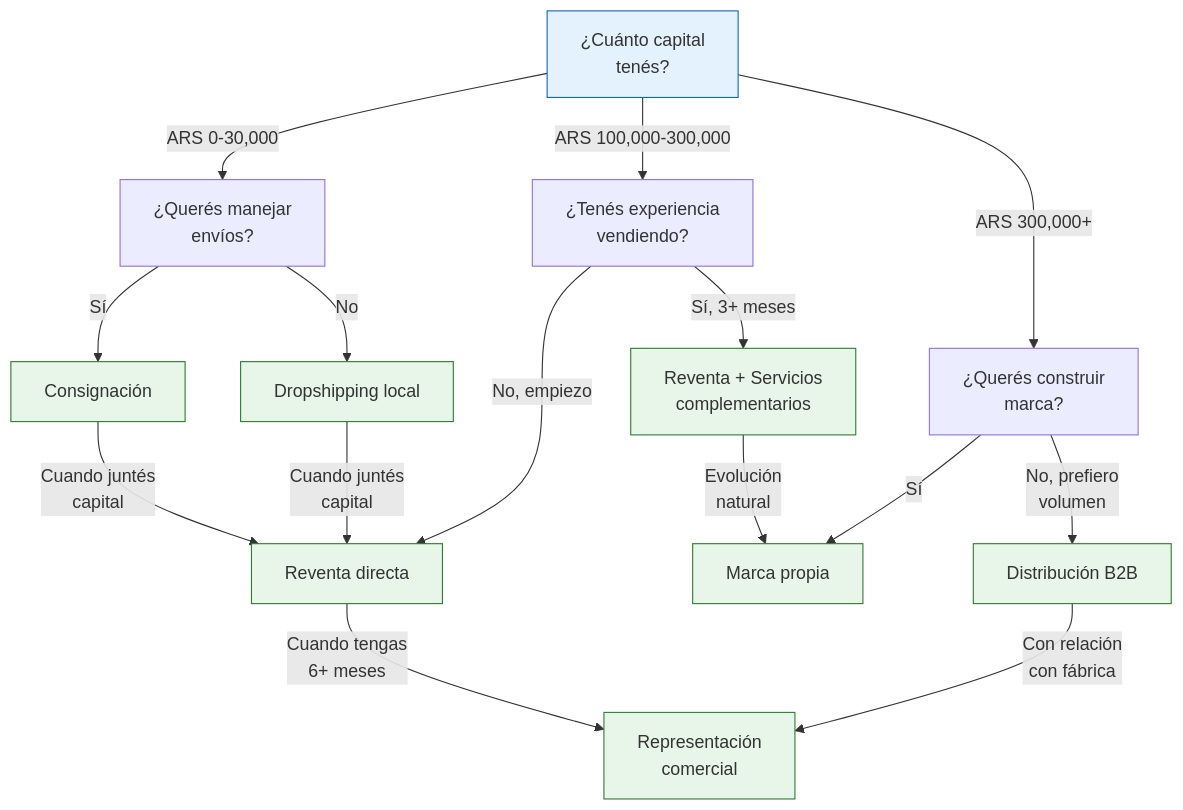
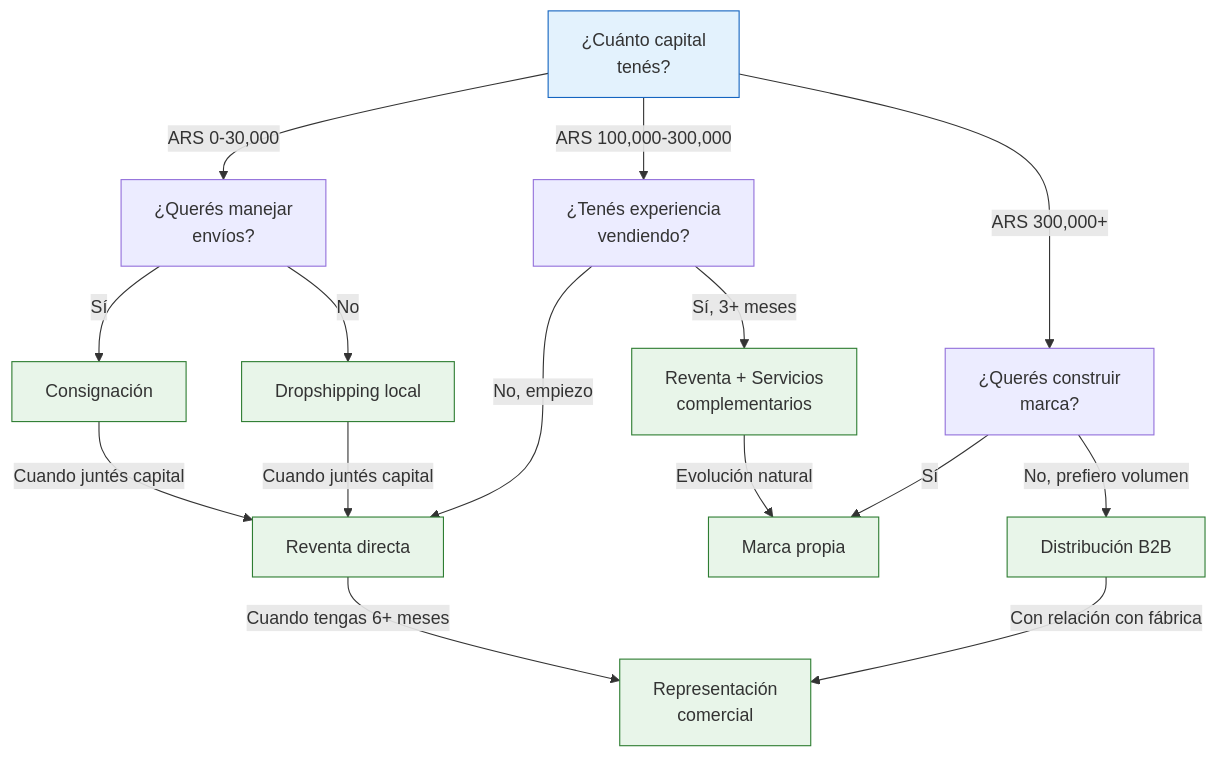
The first of 2 diagrams in app/paso1-argentina/empezar-de-cero/comparacion-modelos.mdx (barrosignacioezequiel-coder/docs), drawn with Mermaid before and after one commit. The commit also changed 10 other files, not shown here.

First line of the commit message:
fix: remove <br/> from Mermaid edge labels causing list errors

````diff
--- a/app/paso1-argentina/empezar-de-cero/comparacion-modelos.mdx
+++ b/app/paso1-argentina/empezar-de-cero/comparacion-modelos.mdx
@@ -115,30 +115,30 @@
 ```mermaid
 graph TD
     A["¿Cuánto capital<br/>tenés?"] -->|"ARS 0-30,000"| B["¿Querés manejar<br/>envíos?"]
     A -->|"ARS 100,000-300,000"| C["¿Tenés experiencia<br/>vendiendo?"]
     A -->|"ARS 300,000+"| D["¿Querés construir<br/>marca?"]
 
     B -->|"Sí"| E["Consignación"]
     B -->|"No"| F["Dropshipping local"]
 
     C -->|"No, empiezo"| G["Reventa directa"]
     C -->|"Sí, 3+ meses"| H["Reventa + Servicios<br/>complementarios"]
 
     D -->|"Sí"| I["Marca propia"]
-    D -->|"No, prefiero<br/>volumen"| J["Distribución B2B"]
+    D -->|"No, prefiero volumen"| J["Distribución B2B"]
 
-    E -->|"Cuando juntés<br/>capital"| G
-    F -->|"Cuando juntés<br/>capital"| G
-    G -->|"Cuando tengas<br/>6+ meses"| K["Representación<br/>comercial"]
-    H -->|"Evolución<br/>natural"| I
-    J -->|"Con relación<br/>con fábrica"| K
+    E -->|"Cuando juntés capital"| G
+    F -->|"Cuando juntés capital"| G
+    G -->|"Cuando tengas 6+ meses"| K["Representación<br/>comercial"]
+    H -->|"Evolución natural"| I
+    J -->|"Con relación con fábrica"| K
 
     style A fill:#e3f2fd,stroke:#1565c0
     style E fill:#e8f5e9,stroke:#2e7d32
     style F fill:#e8f5e9,stroke:#2e7d32
     style G fill:#e8f5e9,stroke:#2e7d32
     style H fill:#e8f5e9,stroke:#2e7d32
     style I fill:#e8f5e9,stroke:#2e7d32
     style J fill:#e8f5e9,stroke:#2e7d32
     style K fill:#e8f5e9,stroke:#2e7d32
 ```
````
